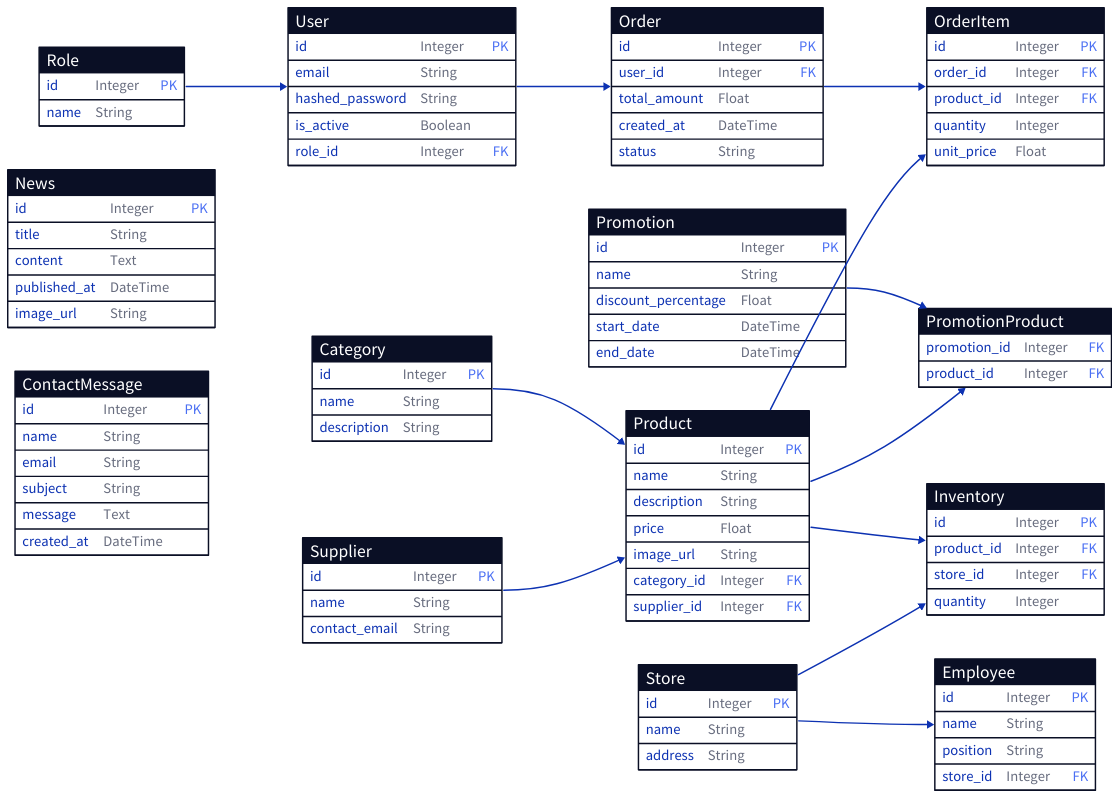
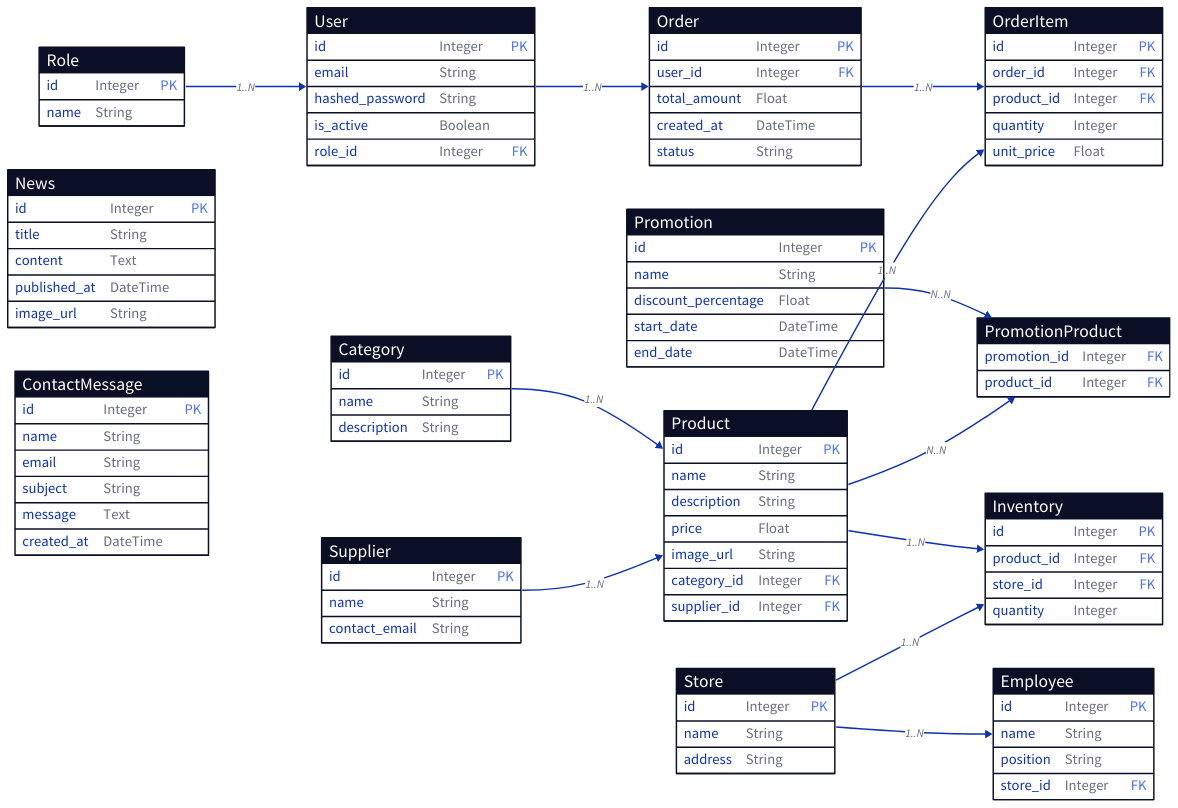
The diagram in docs/der.d2 (pedroteixeira01/supermercado-proj), drawn with D2 before and after one commit. The commit also changed 13 other files, not shown here.

```diff
--- a/docs/der.d2
+++ b/docs/der.d2
@@ -1,134 +1,137 @@
 direction: right
 
+# ── Autenticação ─────────────────────────────────────────────
 Role: {
   shape: sql_table
   id: Integer {constraint: primary_key}
   name: String
 }
 
 User: {
   shape: sql_table
   id: Integer {constraint: primary_key}
   email: String
   hashed_password: String
   is_active: Boolean
   role_id: Integer {constraint: foreign_key}
 }
 
-Role.id -> User.role_id
+Role.id -> User.role_id: {label: "1..N"}
 
-Store: {
-  shape: sql_table
-  id: Integer {constraint: primary_key}
-  name: String
-  address: String
-}
-
-Employee: {
-  shape: sql_table
-  id: Integer {constraint: primary_key}
-  name: String
-  position: String
-  store_id: Integer {constraint: foreign_key}
-}
-
-Store.id -> Employee.store_id
-
+# ── Catálogo ──────────────────────────────────────────────────
 Category: {
   shape: sql_table
   id: Integer {constraint: primary_key}
   name: String
   description: String
 }
 
 Supplier: {
   shape: sql_table
   id: Integer {constraint: primary_key}
   name: String
   contact_email: String
 }
 
 Product: {
   shape: sql_table
   id: Integer {constraint: primary_key}
   name: String
   description: String
   price: Float
   image_url: String
   category_id: Integer {constraint: foreign_key}
   supplier_id: Integer {constraint: foreign_key}
 }
 
-Category.id -> Product.category_id
-Supplier.id -> Product.supplier_id
+Category.id -> Product.category_id: {label: "1..N"}
+Supplier.id -> Product.supplier_id: {label: "1..N"}
 
 Promotion: {
   shape: sql_table
   id: Integer {constraint: primary_key}
   name: String
   discount_percentage: Float
   start_date: DateTime
   end_date: DateTime
 }
 
 PromotionProduct: {
   shape: sql_table
   promotion_id: Integer {constraint: primary_key; constraint: foreign_key}
   product_id: Integer {constraint: primary_key; constraint: foreign_key}
 }
 
-Promotion.id -> PromotionProduct.promotion_id
-Product.id -> PromotionProduct.product_id
+Promotion.id -> PromotionProduct.promotion_id: {label: "N..N"}
+Product.id -> PromotionProduct.product_id: {label: "N..N"}
+
+# ── Estoque / Loja ────────────────────────────────────────────
+Store: {
+  shape: sql_table
+  id: Integer {constraint: primary_key}
+  name: String
+  address: String
+}
+
+Employee: {
+  shape: sql_table
+  id: Integer {constraint: primary_key}
+  name: String
+  position: String
+  store_id: Integer {constraint: foreign_key}
+}
 
 Inventory: {
   shape: sql_table
   id: Integer {constraint: primary_key}
   product_id: Integer {constraint: foreign_key}
   store_id: Integer {constraint: foreign_key}
   quantity: Integer
 }
 
-Product.id -> Inventory.product_id
-Store.id -> Inventory.store_id
+Store.id -> Employee.store_id: {label: "1..N"}
+Product.id -> Inventory.product_id: {label: "1..N"}
+Store.id -> Inventory.store_id: {label: "1..N"}
 
+# ── Pedidos ───────────────────────────────────────────────────
 Order: {
   shape: sql_table
   id: Integer {constraint: primary_key}
   user_id: Integer {constraint: foreign_key}
   total_amount: Float
   created_at: DateTime
   status: String
 }
-
-User.id -> Order.user_id
 
 OrderItem: {
   shape: sql_table
   id: Integer {constraint: primary_key}
   order_id: Integer {constraint: foreign_key}
   product_id: Integer {constraint: foreign_key}
   quantity: Integer
   unit_price: Float
 }
 
-Order.id -> OrderItem.order_id
-Product.id -> OrderItem.product_id
+User.id -> Order.user_id: {label: "1..N"}
+Order.id -> OrderItem.order_id: {label: "1..N"}
+Product.id -> OrderItem.product_id: {label: "1..N"}
 
+# ── Conteúdo ──────────────────────────────────────────────────
 News: {
   shape: sql_table
   id: Integer {constraint: primary_key}
   title: String
   content: Text
   published_at: DateTime
   image_url: String
 }
 
 ContactMessage: {
   shape: sql_table
   id: Integer {constraint: primary_key}
   name: String
   email: String
   subject: String
   message: Text
   created_at: DateTime
 }
```
